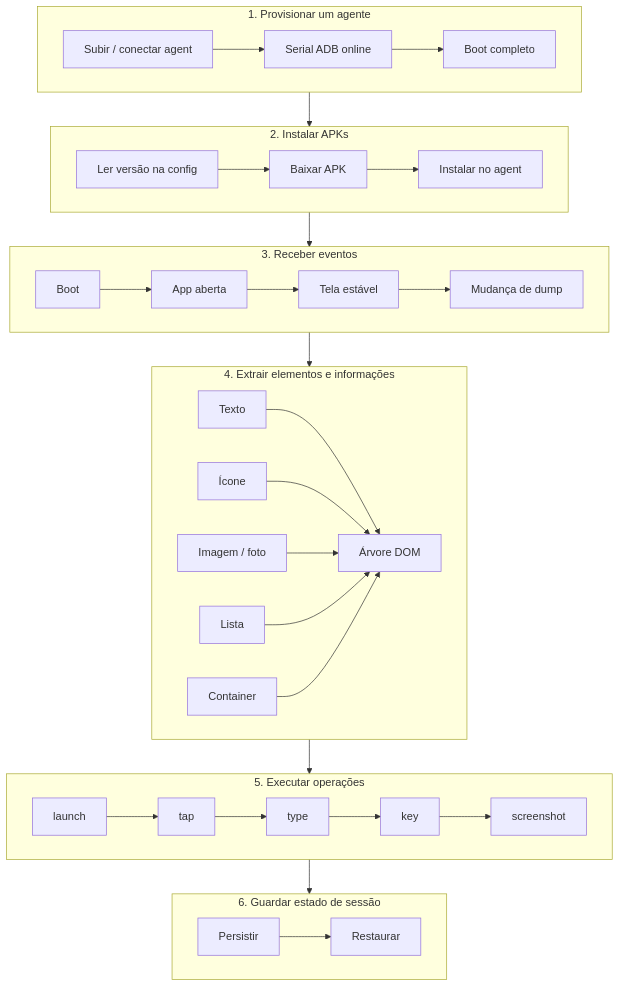
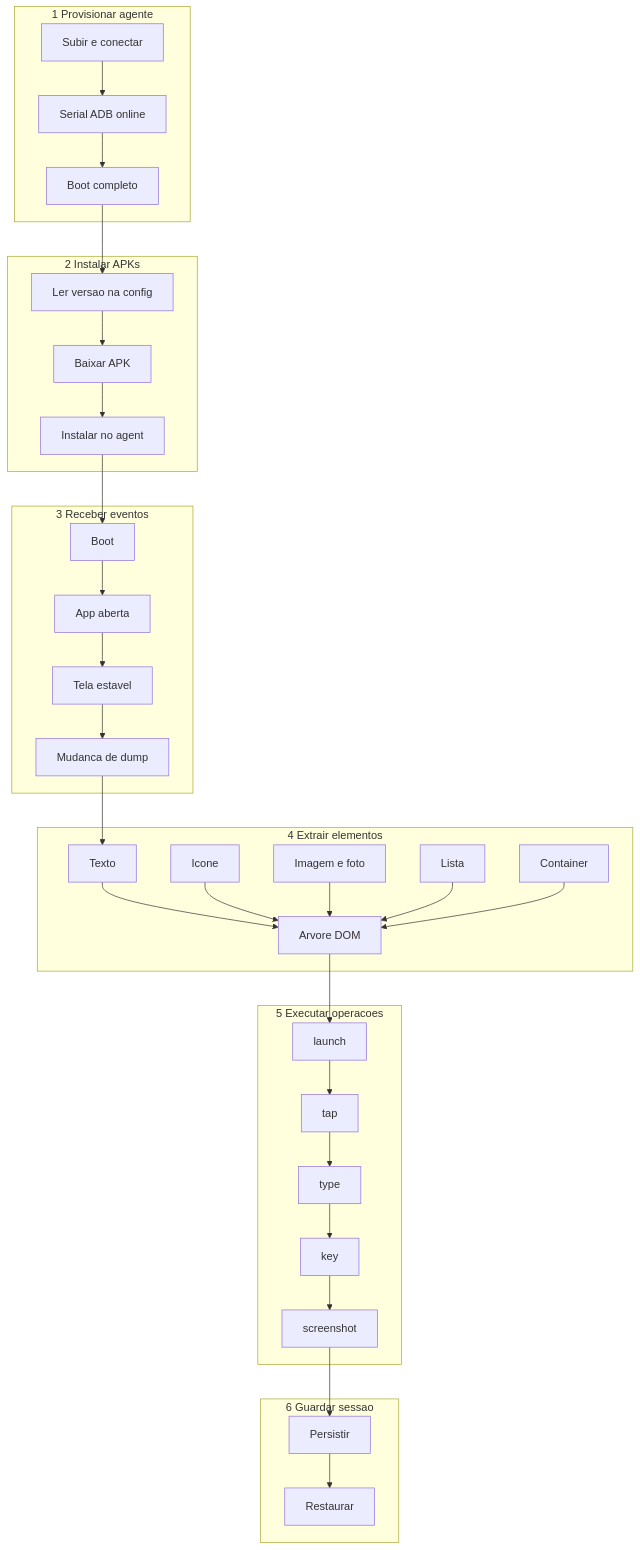
One commit to laerciogermano/workstation changed the first of 2 diagrams in connectmax/screen-robot/docs/tasks.md. Above: the diagram before and after it, drawn with Mermaid. The commit also changed other lines of this file, not shown here.

First line of the commit message:
Corrige sintaxe Mermaid em tasks.md do screen-robot.

````diff
--- a/connectmax/screen-robot/docs/tasks.md
+++ b/connectmax/screen-robot/docs/tasks.md
@@ -43,32 +43,43 @@
 ```mermaid
 flowchart TB
-  subgraph P["1. Provisionar um agente"]
-    P1[Subir / conectar agent] --> P2[Serial ADB online] --> P3[Boot completo]
+  subgraph P[1 Provisionar agente]
+    P1[Subir e conectar] --> P2[Serial ADB online]
+    P2 --> P3[Boot completo]
   end
 
-  subgraph I["2. Instalar APKs"]
-    I1[Ler versão na config] --> I2[Baixar APK] --> I3[Instalar no agent]
+  subgraph I[2 Instalar APKs]
+    I1[Ler versao na config] --> I2[Baixar APK]
+    I2 --> I3[Instalar no agent]
   end
 
-  subgraph E["3. Receber eventos"]
-    E1[Boot] --> E2[App aberta] --> E3[Tela estável] --> E4[Mudança de dump]
+  subgraph E[3 Receber eventos]
+    E1[Boot] --> E2[App aberta]
+    E2 --> E3[Tela estavel]
+    E3 --> E4[Mudanca de dump]
   end
 
-  subgraph X["4. Extrair elementos e informações"]
-    X1[Texto] --> X6[Árvore DOM]
-    X2[Ícone] --> X6
-    X3[Imagem / foto] --> X6
+  subgraph X[4 Extrair elementos]
+    X1[Texto] --> X6[Arvore DOM]
+    X2[Icone] --> X6
+    X3[Imagem e foto] --> X6
     X4[Lista] --> X6
     X5[Container] --> X6
   end
 
-  subgraph O["5. Executar operações"]
-    O1[launch] --> O2[tap] --> O3[type] --> O4[key] --> O5[screenshot]
+  subgraph O[5 Executar operacoes]
+    O1[launch] --> O2[tap]
+    O2 --> O3[type]
+    O3 --> O4[key]
+    O4 --> O5[screenshot]
   end
 
-  subgraph S["6. Guardar estado de sessão"]
+  subgraph S[6 Guardar sessao]
     S1[Persistir] --> S2[Restaurar]
   end
 
-  P --> I --> E --> X --> O --> S
+  P3 --> I1
+  I3 --> E1
+  E4 --> X1
+  X6 --> O1
+  O5 --> S1
 ```
````
